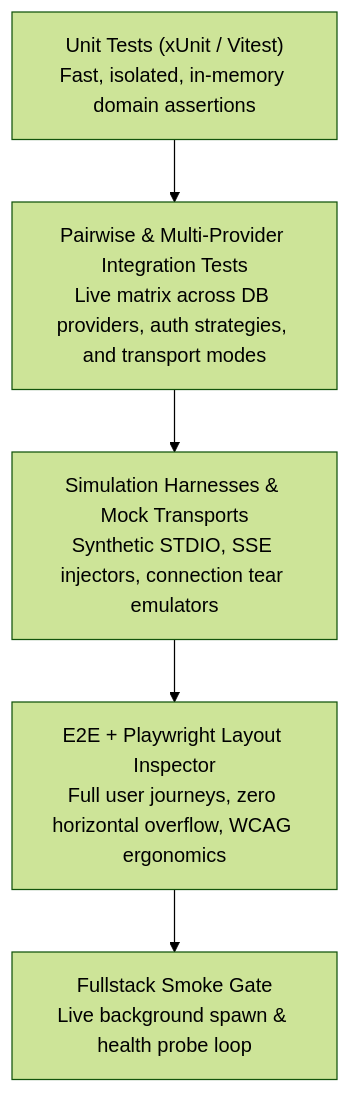
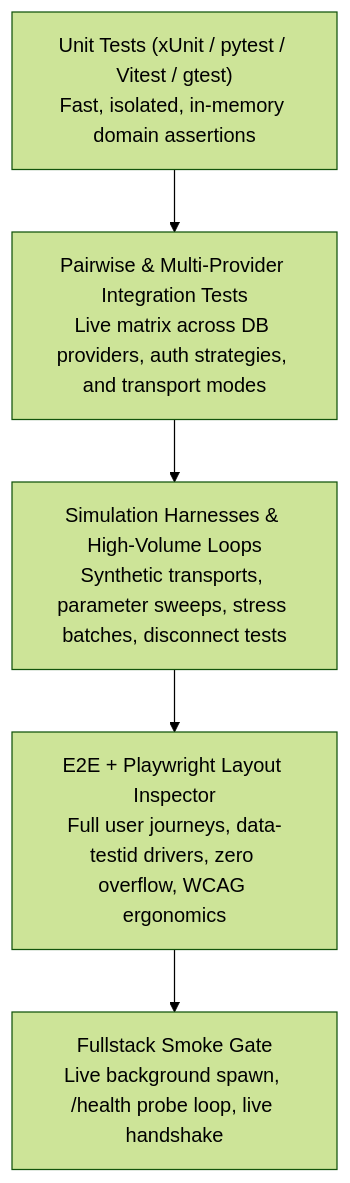
The diagram in standards/TESTING_HARNESS_PATTERNS.md (spelech/AgenticEngineeringToolbelt), drawn with Mermaid (forest theme) before and after one commit. The commit also changed other lines of this file and 1 other file, not shown here.

Commit message:
docs(standards): codify driving principles, polyglot matrix, and controls test harnesses

````diff
--- a/standards/TESTING_HARNESS_PATTERNS.md
+++ b/standards/TESTING_HARNESS_PATTERNS.md
@@ -18,10 +14,10 @@
 ```mermaid
 flowchart TD
-    Unit["Unit Tests (xUnit / Vitest)<br>Fast, isolated, in-memory domain assertions"]
+    Unit["Unit Tests (xUnit / pytest / Vitest / gtest)<br>Fast, isolated, in-memory domain assertions"]
     Pairwise["Pairwise & Multi-Provider Integration Tests<br>Live matrix across DB providers, auth strategies, and transport modes"]
-    Simulation["Simulation Harnesses & Mock Transports<br>Synthetic STDIO, SSE injectors, connection tear emulators"]
-    E2E["E2E + Playwright Layout Inspector<br>Full user journeys, zero horizontal overflow, WCAG ergonomics"]
-    Smoke["Fullstack Smoke Gate<br>Live background spawn & health probe loop"]
+    Simulation["Simulation Harnesses & High-Volume Loops<br>Synthetic transports, parameter sweeps, stress batches, disconnect tests"]
+    E2E["E2E + Playwright Layout Inspector<br>Full user journeys, data-testid drivers, zero overflow, WCAG ergonomics"]
+    Smoke["Fullstack Smoke Gate<br>Live background spawn, /health probe loop, live handshake"]
 
     Unit --> Pairwise --> Simulation --> E2E --> Smoke
 ```
````
